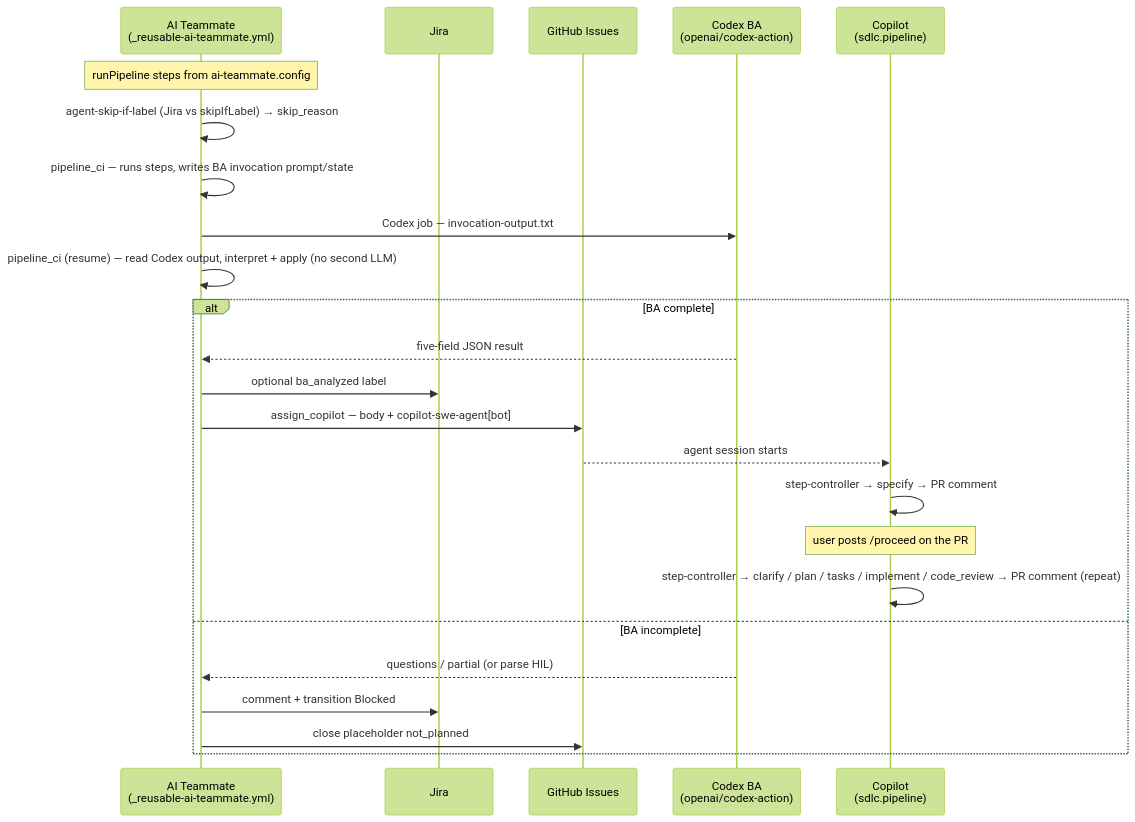
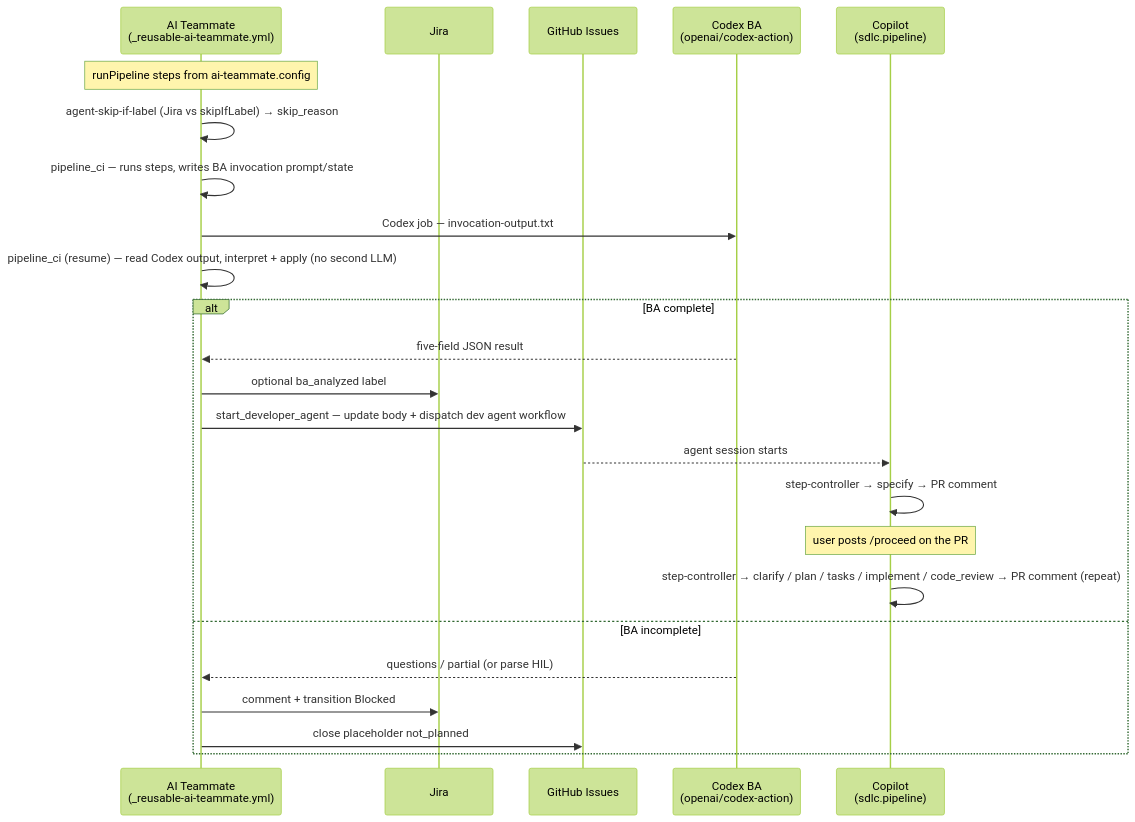
Before and after one commit to DmitryLukyanov/SDLCAgents: the first of 3 diagrams in README.md, drawn with Mermaid (forest theme). The commit also changed 8 other files, not shown here.

Commit message:
Remove unused assign_copilot step and references

````diff
--- a/README.md
+++ b/README.md
@@ -116,28 +116,28 @@
 ```mermaid
 sequenceDiagram
     participant AT as AI Teammate<br/>(_reusable-ai-teammate.yml)
     participant J as Jira
     participant GH as GitHub Issues
     participant CX as Codex BA<br/>(openai/codex-action)
     participant COP as Copilot<br/>(sdlc.pipeline)
 
     Note over AT: runPipeline steps from ai-teammate.config
 
     AT->>AT: agent-skip-if-label (Jira vs skipIfLabel) → skip_reason
     AT->>AT: pipeline_ci — runs steps, writes BA invocation prompt/state
     AT->>CX: Codex job — invocation-output.txt
     AT->>AT: pipeline_ci (resume) — read Codex output, interpret + apply (no second LLM)
     alt BA complete
         CX-->>AT: five-field JSON result
         AT->>J: optional ba_analyzed label
-        AT->>GH: assign_copilot — body + copilot-swe-agent[bot]
+        AT->>GH: start_developer_agent — update body + dispatch dev agent workflow
         GH-->>COP: agent session starts
         COP->>COP: step-controller → specify → PR comment
         Note over COP: user posts /proceed on the PR
         COP->>COP: step-controller → clarify / plan / tasks / implement / code_review → PR comment (repeat)
     else BA incomplete
         CX-->>AT: questions / partial (or parse HIL)
         AT->>J: comment + transition Blocked
         AT->>GH: close placeholder not_planned
     end
 ```
````
